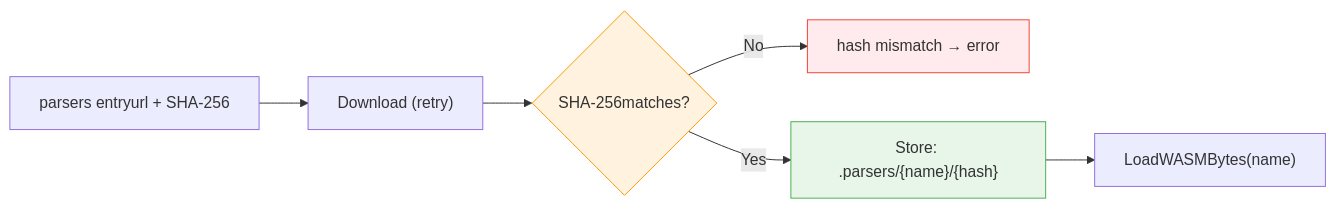
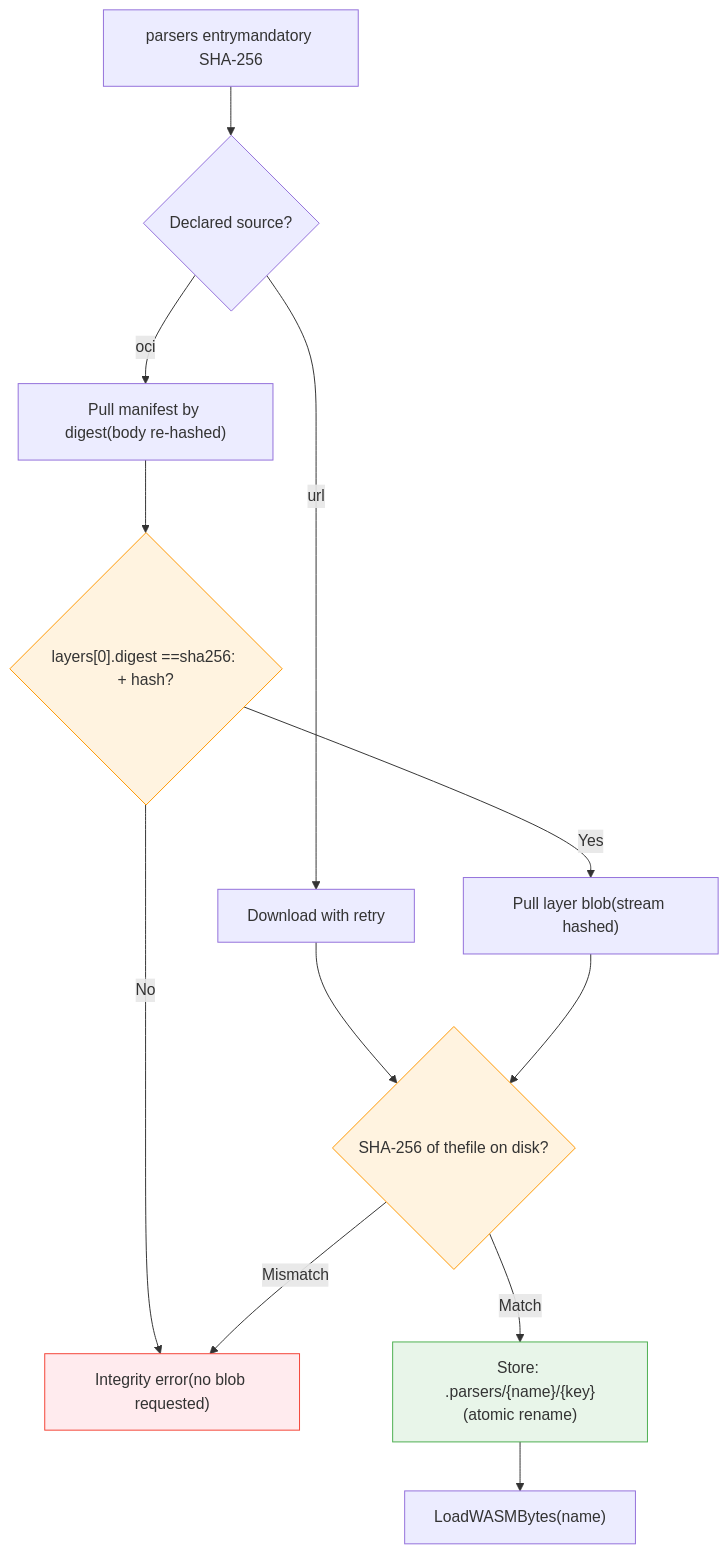
Before and after one commit to datamitsu/datamitsu: the second of 3 diagrams in internal/llmsdocs/embed/pages/guides/architecture/parsers.md, drawn with Mermaid. The commit also changed other lines of this file and 47 other files, not shown here.

First line of the commit message:
feat(parsers): pull WASM parser modules from an OCI registry (#253)

````diff
--- a/internal/llmsdocs/embed/pages/guides/architecture/parsers.md
+++ b/internal/llmsdocs/embed/pages/guides/architecture/parsers.md
@@ -157,12 +250,19 @@
 ```mermaid
-graph LR
-    R["parsers entryurl + SHA-256"] --> D["Download (retry)"]
-    D --> V{"SHA-256matches?"}
-    V -->|"No"| X["hash mismatch → error"]
-    V -->|"Yes"| S["Store: .parsers/{name}/{hash}"]
+graph TD
+    P["parsers entrymandatory SHA-256"] --> K{"Declared source?"}
+    K -->|"url"| H["Download with retry"]
+    K -->|"oci"| M["Pull manifest by digest(body re-hashed)"]
+    M --> C{"layers[0].digest ==sha256: + hash?"}
+    C -->|"No"| X["Integrity error(no blob requested)"]
+    C -->|"Yes"| B["Pull layer blob(stream hashed)"]
+    H --> V{"SHA-256 of thefile on disk?"}
+    B --> V
+    V -->|"Mismatch"| X
+    V -->|"Match"| S["Store: .parsers/{name}/{key}(atomic rename)"]
     S --> L["LoadWASMBytes(name)"]
 
+    style C fill:#fff3e0,stroke:#ff9800
     style V fill:#fff3e0,stroke:#ff9800
     style X fill:#ffebee,stroke:#f44336
     style S fill:#e8f5e9,stroke:#4caf50
 ```
````
